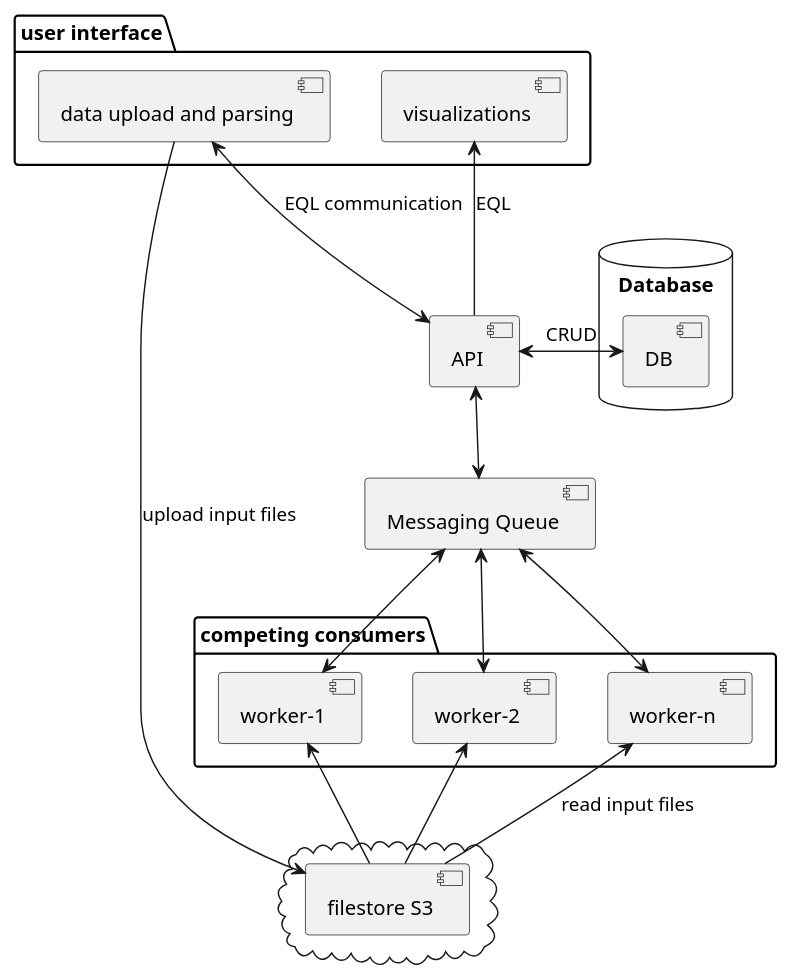
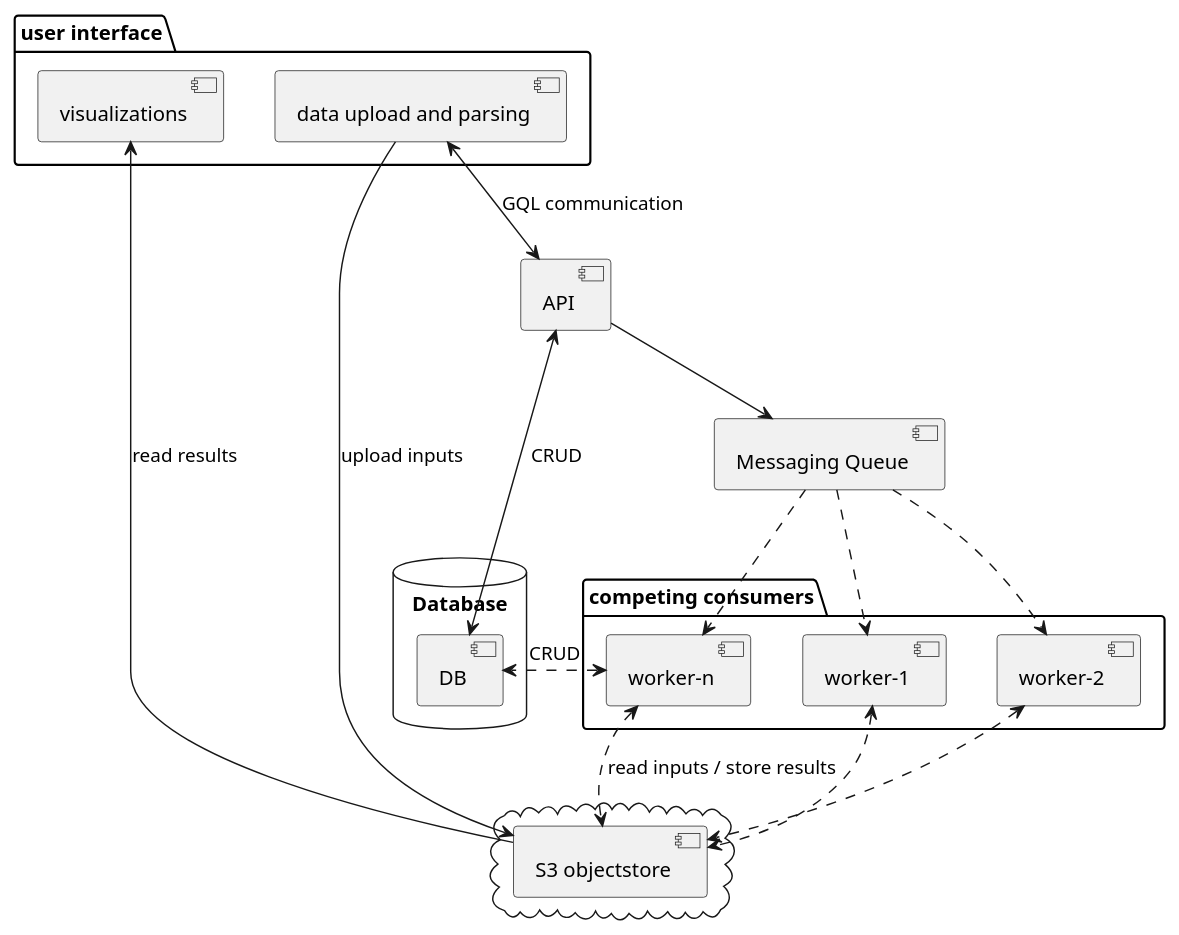
Before and after one commit to phylogeography/spread: the diagram in docs/sdd.org, drawn with PlantUML. The commit also changed other lines of this file and 8 other files, not shown here.

```diff
--- a/docs/sdd.org
+++ b/docs/sdd.org
@@ -21,45 +21,45 @@
 #+begin_src plantuml :file system_architecture.png
 
 package "user interface" {
     [visualizations] as vis
     [data upload and parsing] as interface
 }
 
 [API] as api
 
 package "competing consumers" {
   [worker-1] as w1
   [worker-2] as w2
   [worker-n] as wn
 }
 
 [Messaging Queue] as messaging
 
 cloud {
-  [filestore S3] as S3
+  [S3 objectstore] as S3
 }
 
 database "Database" {
   [DB] as db
 }
 
-interface <--> api : EQL communication
+vis <- S3: read results
 
-interface -> S3 : upload input files
+interface <--> api : GQL communication
 
-vis <-- api : EQL
+interface -> S3 : upload inputs
 
-api <--> messaging
+api --> messaging
 
 api <-> db :CRUD
 
-messaging <--> w1
-w1 <-- S3
+messaging ..> w1
+w1 <..> S3
 
-messaging <--> w2
-w2 <-- S3
+messaging ..> w2
+w2 <..> S3
 
-messaging <--> wn
-wn <-- S3 : read input files
-
+messaging ..> wn
+wn <..> S3 : read inputs / store results
+wn <.> db : CRUD
 #+end_src
```
